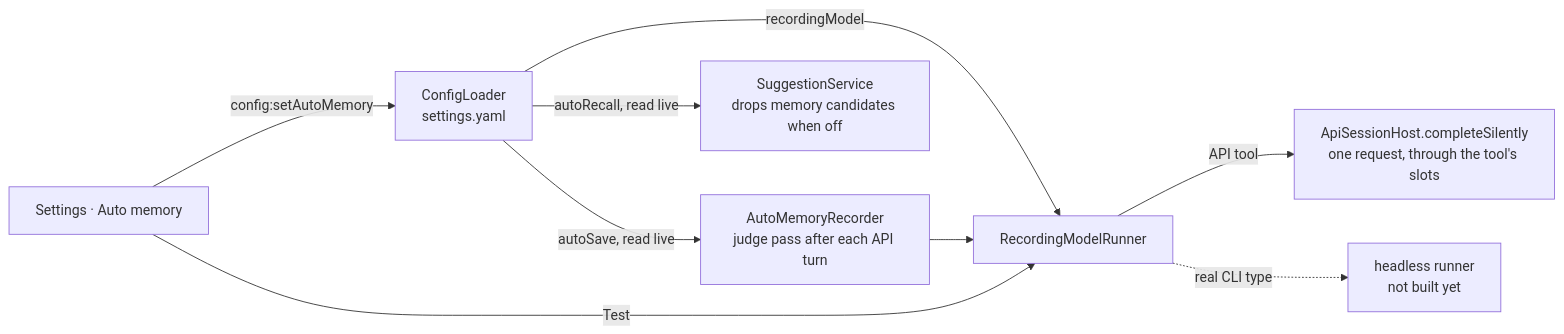
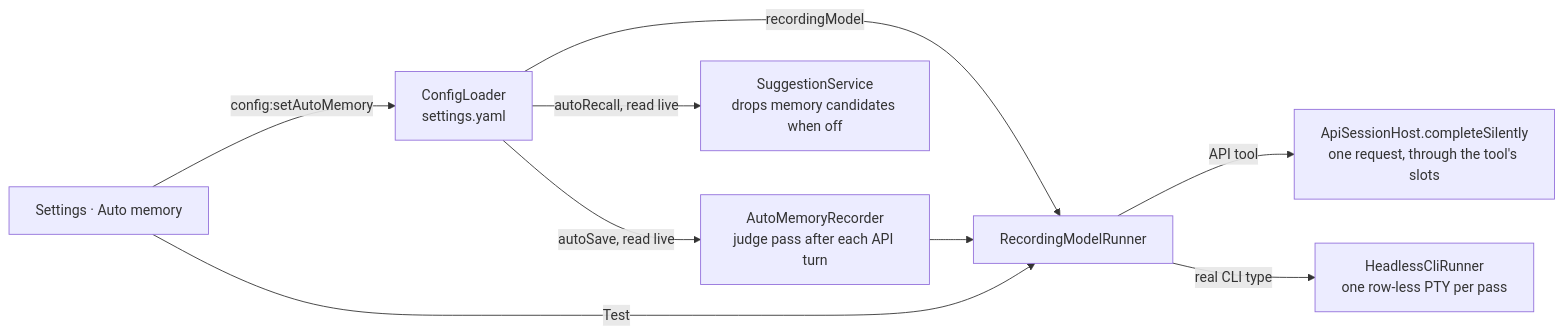
The first of 5 diagrams in docs/auto-memory.md (PetePeter/helm), drawn with Mermaid before and after one commit. The commit also changed other lines of this file and 22 other files, not shown here.

First line of the commit message:
feat(memory): headless runner so a real CLI can be the recording model

````diff
--- a/docs/auto-memory.md
+++ b/docs/auto-memory.md
@@ -15,11 +15,11 @@
 ```mermaid
 graph LR
     UI[Settings · Auto memory] -->|config:setAutoMemory| CL[ConfigLoader<br/>settings.yaml]
     CL -->|recordingModel| R[RecordingModelRunner]
     CL -->|autoRecall, read live| S[SuggestionService<br/>drops memory candidates when off]
     UI -->|Test| R
     R -->|API tool| H[ApiSessionHost.completeSilently<br/>one request, through the tool's slots]
-    R -.->|real CLI type| HR[headless runner<br/>not built yet]
+    R -->|real CLI type| HR[HeadlessCliRunner<br/>one row-less PTY per pass]
     CL -->|autoSave, read live| AR[AutoMemoryRecorder<br/>judge pass after each API turn]
     AR --> R
 ```
````
